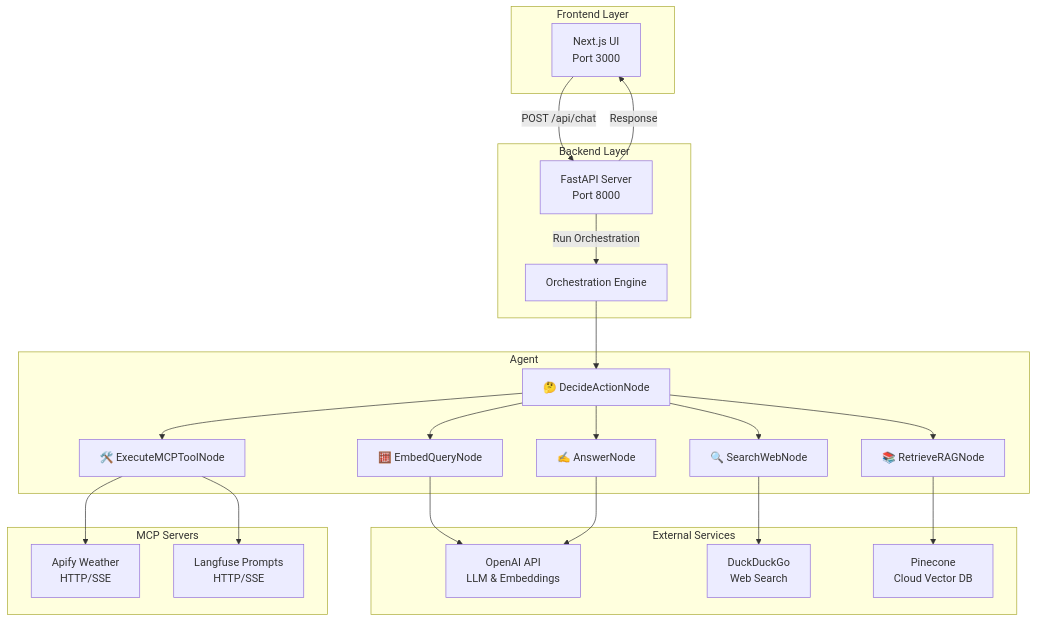
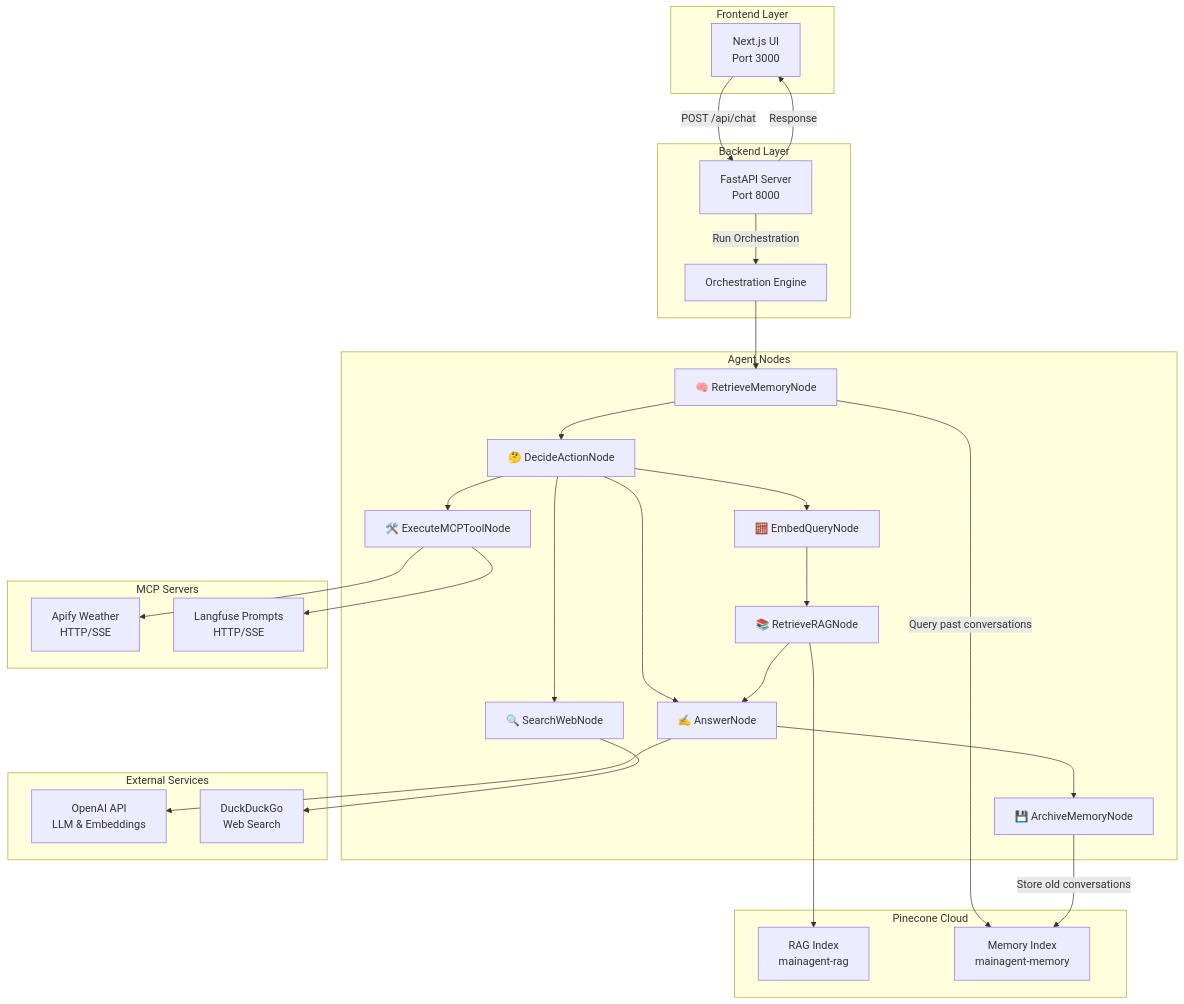
Before and after one commit to Clemboutier/MainAgent: the first of 5 diagrams in README.md, drawn with Mermaid. The commit also changed other lines of this file, not shown here.

Commit message:
sys arch updated with memory

````diff
--- a/README.md
+++ b/README.md
@@ -11,50 +11,61 @@
 ```mermaid
 graph TB
     subgraph "Frontend Layer"
         UI[Next.js UI<br/>Port 3000]
     end
     
     subgraph "Backend Layer"
         API[FastAPI Server<br/>Port 8000]
         Orchestration[Orchestration Engine]
     end
     
-    subgraph "Agent"
+    subgraph "Agent Nodes"
+        RetrieveMem[🧠 RetrieveMemoryNode]
         Decide[🤔 DecideActionNode]
         Search[🔍 SearchWebNode]
         Embed[🧮 EmbedQueryNode]
         Retrieve[📚 RetrieveRAGNode]
         ExecuteTool[🛠️ ExecuteMCPToolNode]
         Answer[✍️ AnswerNode]
+        ArchiveMem[💾 ArchiveMemoryNode]
     end
     
     subgraph "External Services"
         OpenAI[OpenAI API<br/>LLM & Embeddings]
         DuckDuckGo[DuckDuckGo<br/>Web Search]
-        Pinecone[Pinecone<br/>Cloud Vector DB]
+    end
+    
+    subgraph "Pinecone Cloud"
+        PineconeRAG[RAG Index<br/>mainagent-rag]
+        PineconeMemory[Memory Index<br/>mainagent-memory]
     end
     
     subgraph "MCP Servers"
         Weather[Apify Weather<br/>HTTP/SSE]
         Langfuse[Langfuse Prompts<br/>HTTP/SSE]
     end
     
     UI -->|POST /api/chat| API
     API -->|Run Orchestration| Orchestration
-    Orchestration --> Decide
+    Orchestration --> RetrieveMem
+    RetrieveMem --> Decide
     
     Decide --> Search
     Decide --> Embed
     Decide --> ExecuteTool
     Decide --> Answer
-    Decide --> Retrieve
     
     Search --> DuckDuckGo
-    Embed --> OpenAI
-    Retrieve --> Pinecone
+    Embed --> Retrieve
+    Retrieve --> PineconeRAG
+    Retrieve --> Answer
     ExecuteTool --> Weather
     ExecuteTool --> Langfuse
     Answer --> OpenAI
+    Answer --> ArchiveMem
+    
+    RetrieveMem -->|Query past conversations| PineconeMemory
+    ArchiveMem -->|Store old conversations| PineconeMemory
     
     API -->|Response| UI
 ```
````
